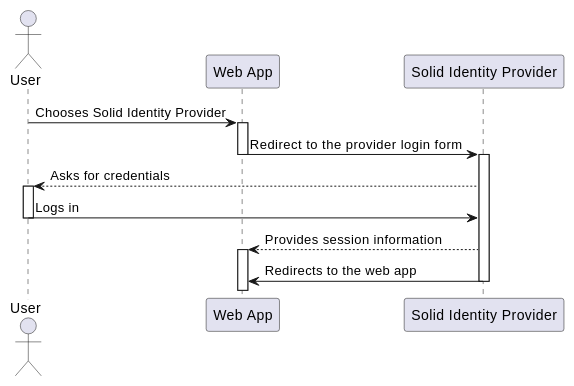
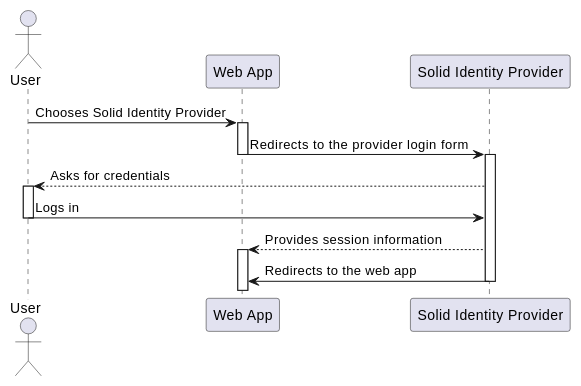
One commit to Arquisoft/radarin_en2a changed the first of 2 diagrams in webapp/docs/06_runtime_view.adoc. Above: the diagram before and after it, drawn with PlantUML. The commit also changed other lines of this file, not shown here.

```diff
--- a/webapp/docs/06_runtime_view.adoc
+++ b/webapp/docs/06_runtime_view.adoc
@@ -40,19 +40,19 @@
 [plantuml,"Sequence diagram - Login",png]
 ----
 actor User as U
 participant "Web App" as W
 participant "Solid Identity Provider" as P
 U -> W: Chooses Solid Identity Provider
 activate W
-W -> P: Redirect to the provider login form
+W -> P: Redirects to the provider login form
 deactivate W
 activate P
 P --> U: Asks for credentials
 activate U
 U -> P: Logs in
 deactivate U
 P --> W: Provides session information
 activate W
 P -> W: Redirects to the web app
 deactivate P
 ----
```
